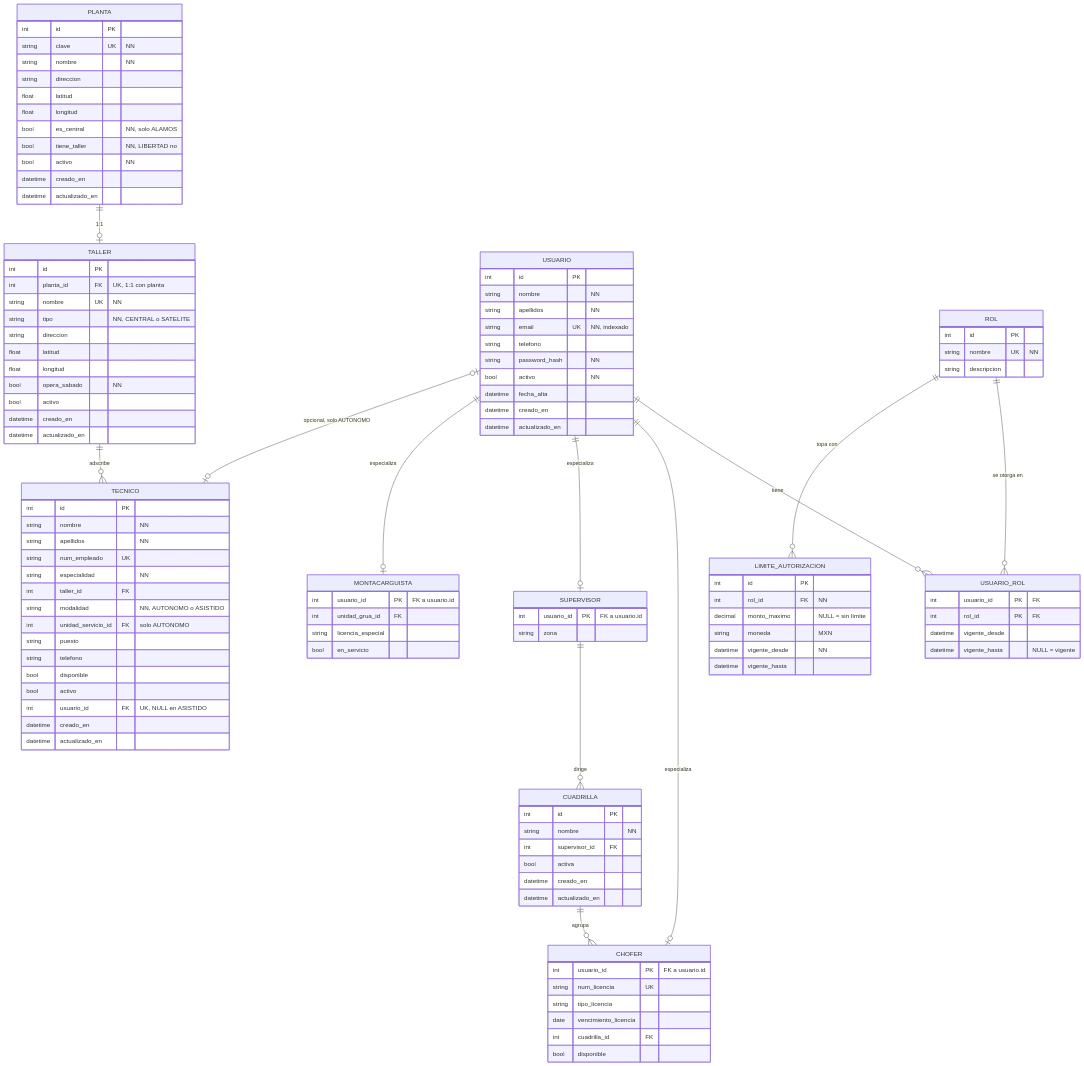
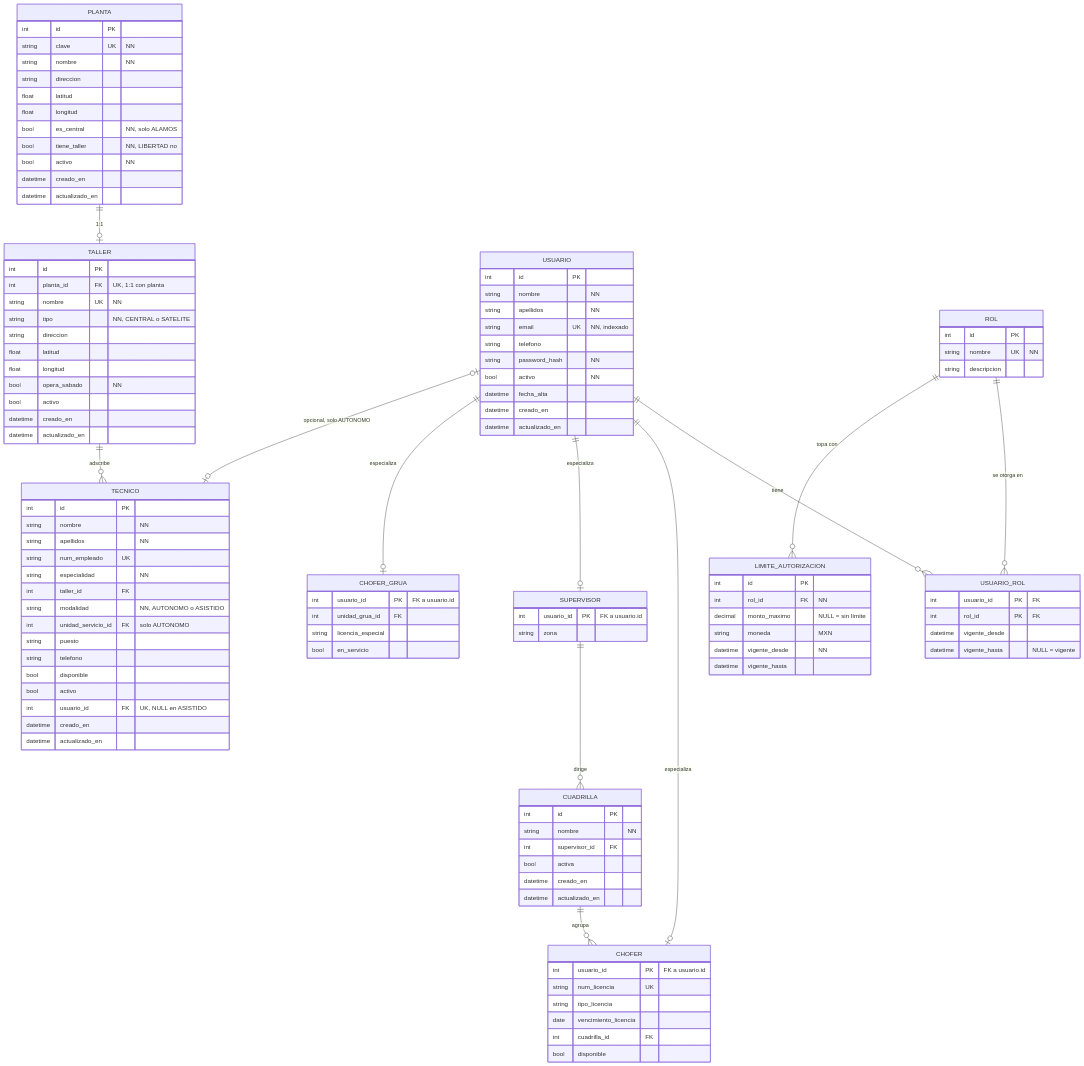
The second of 9 diagrams in docs/modelo-er-mermaid.md (Villener/Prueba), drawn with Mermaid before and after one commit. The commit also changed other lines of this file and 15 other files, not shown here.

```diff
--- a/docs/modelo-er-mermaid.md
+++ b/docs/modelo-er-mermaid.md
@@ -137,7 +137,7 @@
         int usuario_id PK "FK a usuario.id"
         string zona
     }
-    MONTACARGUISTA {
+    CHOFER_GRUA {
         int usuario_id PK "FK a usuario.id"
         int unidad_grua_id FK
         string licencia_especial
@@ -183,7 +183,7 @@
     ROL ||--o{ LIMITE_AUTORIZACION : "topa con"
     USUARIO ||--o| CHOFER : "especializa"
     USUARIO ||--o| SUPERVISOR : "especializa"
-    USUARIO ||--o| MONTACARGUISTA : "especializa"
+    USUARIO ||--o| CHOFER_GRUA : "especializa"
     USUARIO |o--o| TECNICO : "opcional, solo AUTONOMO"
     SUPERVISOR ||--o{ CUADRILLA : "dirige"
     CUADRILLA ||--o{ CHOFER : "agrupa"
```
